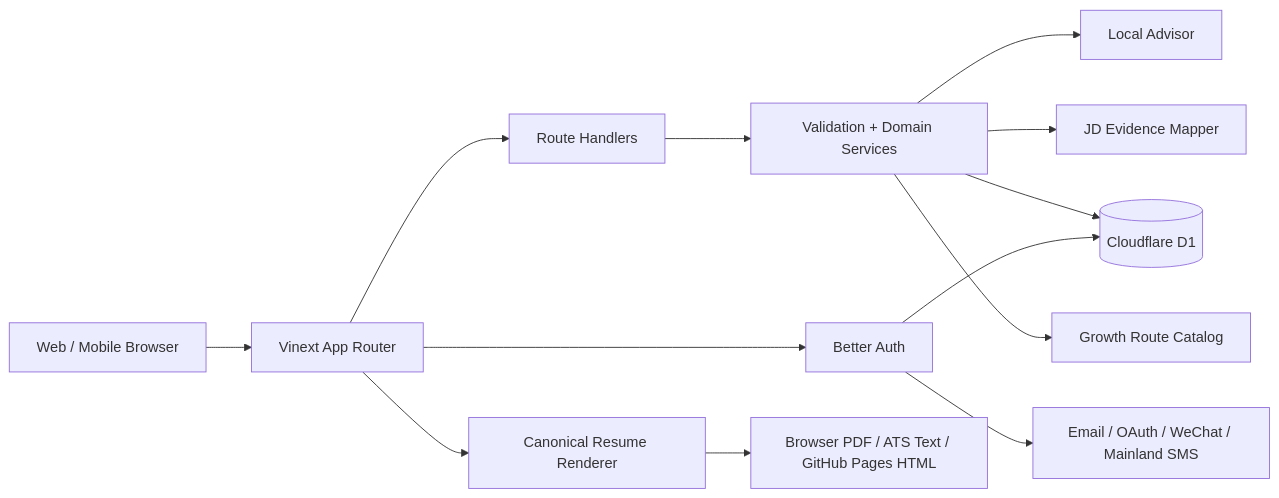
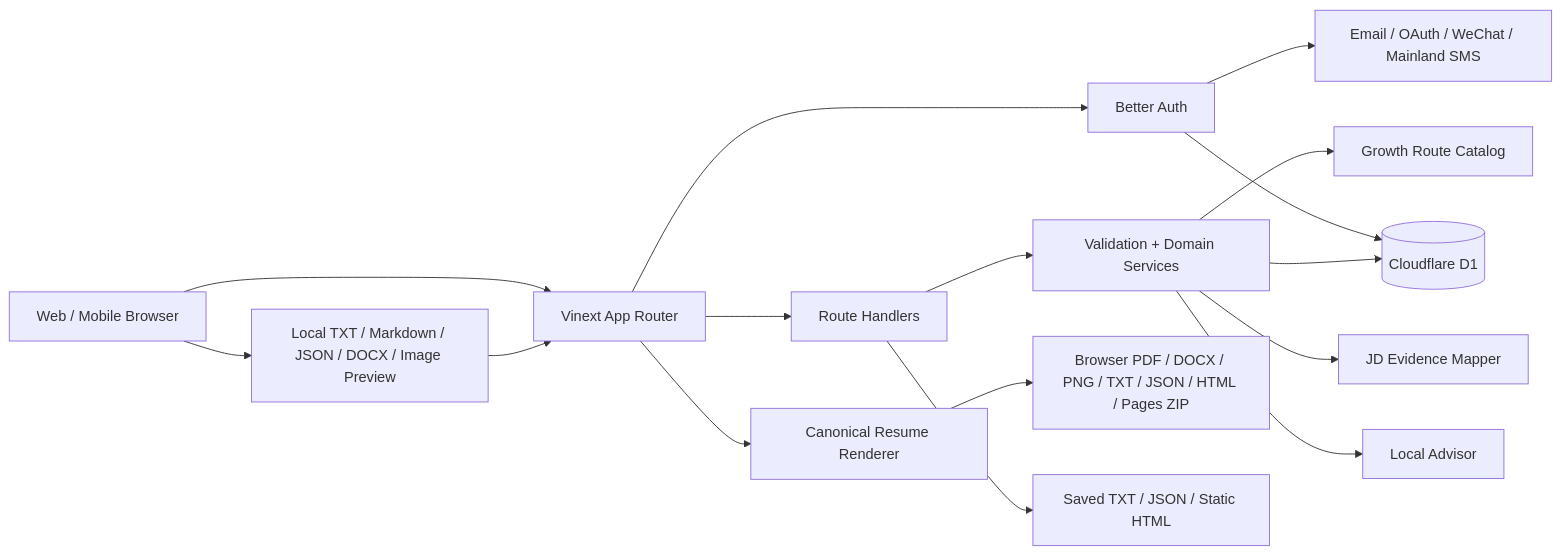
One commit to xhongduo-tech/easycv changed the first of 2 diagrams in docs/architecture.md. Above: the diagram before and after it, drawn with Mermaid. The commit also changed other lines of this file and 24 other files, not shown here.

````diff
--- a/docs/architecture.md
+++ b/docs/architecture.md
@@ -7,15 +7,18 @@
 ```mermaid
 flowchart LR
   Browser[Web / Mobile Browser] --> App[Vinext App Router]
+  Browser --> LocalImport[Local TXT / Markdown / JSON / DOCX / Image Preview]
+  LocalImport --> App
   App --> Routes[Route Handlers]
   App --> Auth[Better Auth]
   Auth --> Identity[Email / OAuth / WeChat / Mainland SMS]
   Auth --> D1
   Routes --> Domain[Validation + Domain Services]
   Domain --> D1[(Cloudflare D1)]
   Domain --> Advisor[Local Advisor]
   Domain --> Evidence[JD Evidence Mapper]
   App --> Renderer[Canonical Resume Renderer]
-  Renderer --> Print[Browser PDF / ATS Text / GitHub Pages HTML]
+  Renderer --> ClientOutput[Browser PDF / DOCX / PNG / TXT / JSON / HTML / Pages ZIP]
+  Routes --> ServerExport[Saved TXT / JSON / Static HTML]
   Domain --> Growth[Growth Route Catalog]
 ```
````
